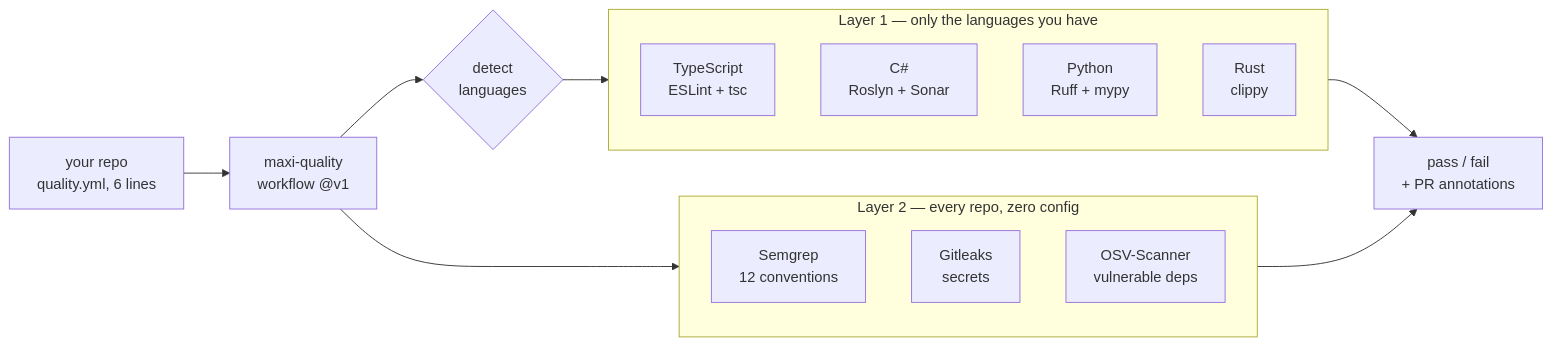
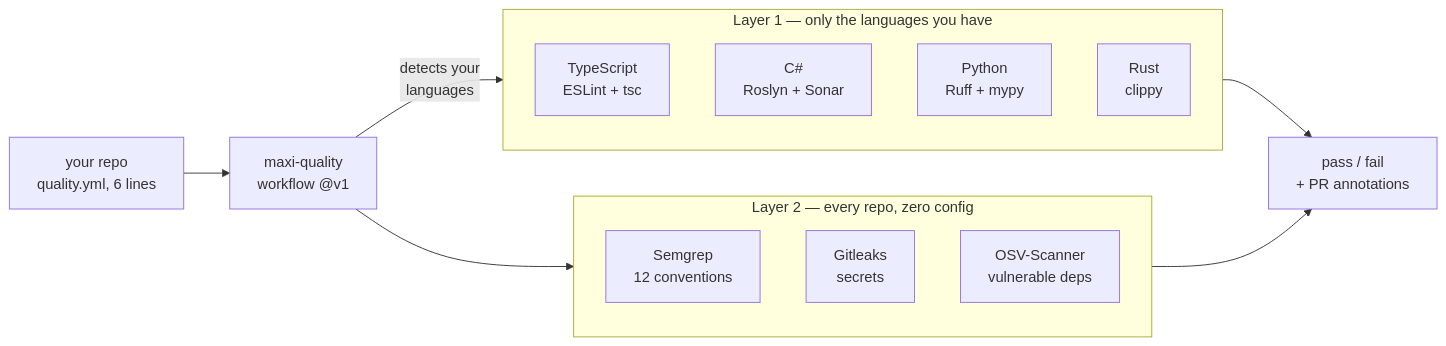
One commit to maximalcode/maxi-quality changed the diagram in README.md. Above: the diagram before and after it, drawn with Mermaid.

Commit message:
docs: drop the decision diamond from the README diagram
Detection is not the reader's choice, so a decision shape misreads it.
Folding it into the edge label also narrows the diagram from 1674px to
1565px wide, which matters at GitHub's ~900px column width.

````diff
--- a/README.md
+++ b/README.md
@@ -81,25 +81,22 @@
 ```mermaid
 flowchart LR
     A["your repo<br/>quality.yml, 6 lines"] --> B["maxi-quality<br/>workflow @v1"]
-    B --> D{"detect<br/>languages"}
-    D --> L1
+    B -->|"detects your<br/>languages"| L1
     B --> L2
 
     subgraph L1["Layer 1 — only the languages you have"]
-        direction TB
         T1["TypeScript<br/>ESLint + tsc"]
         T2["C#<br/>Roslyn + Sonar"]
         T3["Python<br/>Ruff + mypy"]
         T4["Rust<br/>clippy"]
     end
 
     subgraph L2["Layer 2 — every repo, zero config"]
-        direction TB
         S1["Semgrep<br/>12 conventions"]
         S2["Gitleaks<br/>secrets"]
         S3["OSV-Scanner<br/>vulnerable deps"]
     end
 
     L1 --> R["pass / fail<br/>+ PR annotations"]
     L2 --> R
 ```
````
